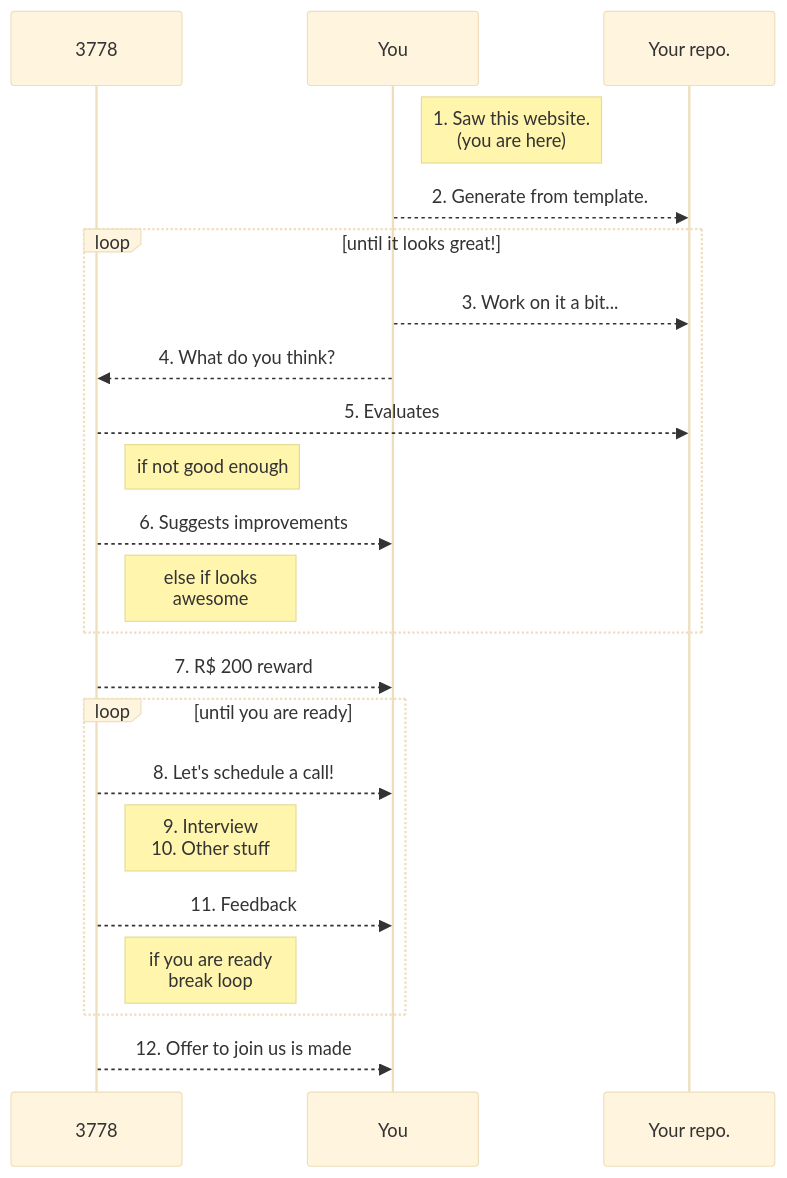
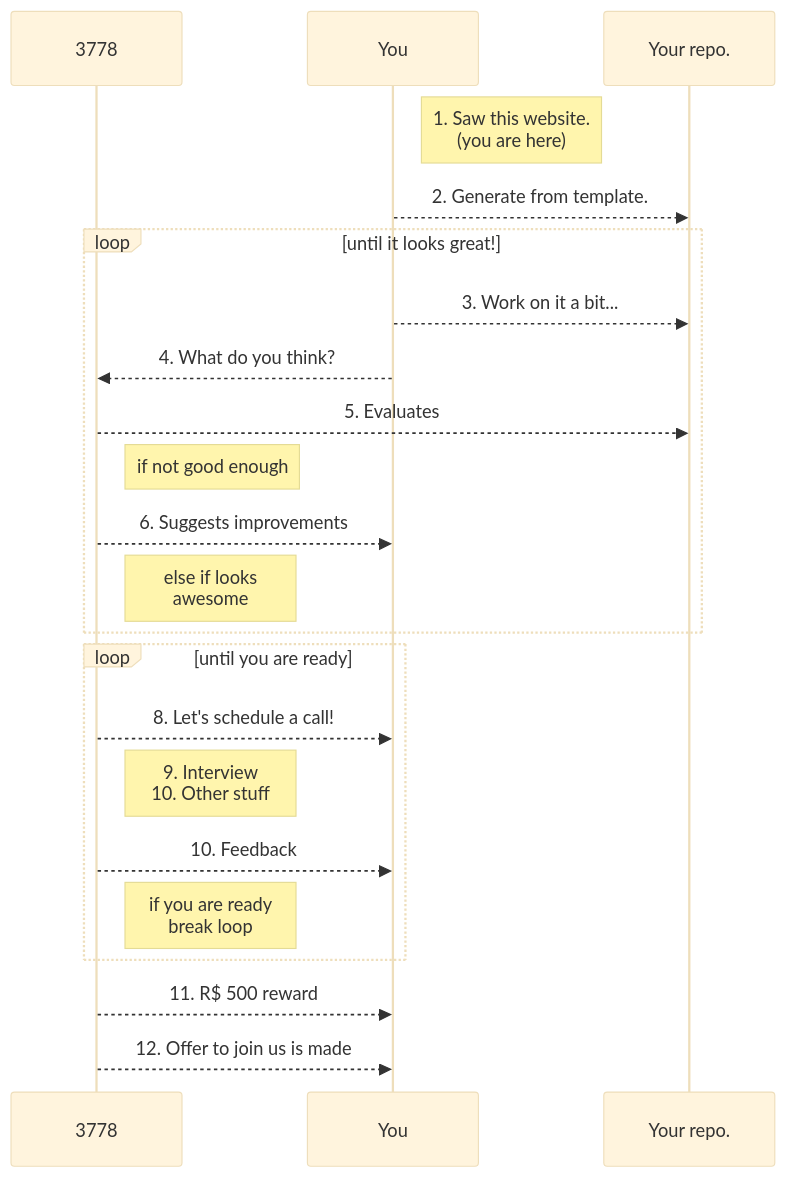
The diagram in content/join-us.md (3778/website-research), drawn with Mermaid (base theme) before and after one commit.

````diff
--- a/content/join-us.md
+++ b/content/join-us.md
@@ -95,24 +95,24 @@
 ```mermaid
 sequenceDiagram
     participant 3778
     participant You
     participant Your repo.
     Note right of You: 1. Saw this website. <br> (you are here)
     You-->>Your repo.: 2. Generate from template.
     loop until it looks great!
         You-->>Your repo.: 3. Work on it a bit...
         You-->>3778: 4. What do you think?
         3778-->>Your repo.: 5. Evaluates
         Note right of 3778: if not good enough
         3778-->>You: 6. Suggests improvements
         Note right of 3778: else if looks <br> awesome
     end
-    3778-->>You: 7. R$ 200 reward
     loop until you are ready
         3778-->>You: 8. Let's schedule a call!
         Note right of 3778: 9. Interview <br> 10. Other stuff
-        3778-->>You: 11. Feedback
+        3778-->>You: 10. Feedback
         Note right of 3778: if you are ready <br> break loop
     end
+    3778-->>You: 11. R$ 500 reward
     3778-->>You: 12. Offer to join us is made
 ```
````
